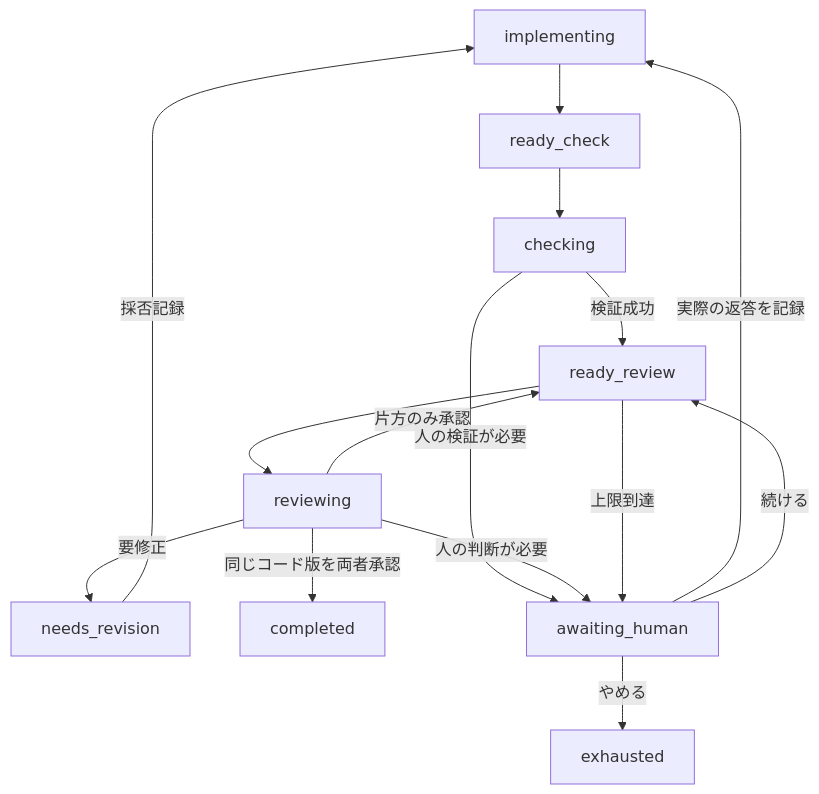
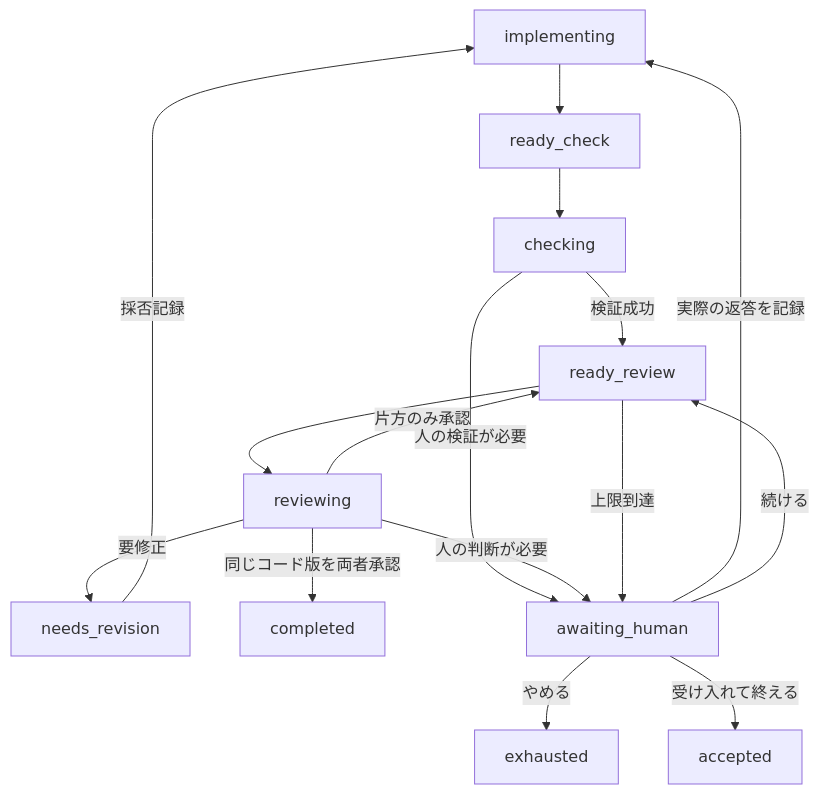
Before and after one commit to rysh25/devflow: the second of 2 diagrams in docs/architecture.md, drawn with Mermaid. The commit also changed other lines of this file and 40 other files, not shown here.

````diff
--- a/docs/architecture.md
+++ b/docs/architecture.md
@@ -79,17 +82,18 @@
 ```mermaid
 flowchart TD
     I[implementing] --> C[ready_check]
     C --> K[checking]
     K -->|検証成功| R[ready_review]
     R --> V[reviewing]
     V -->|要修正| N[needs_revision]
     N -->|採否記録| I
     V -->|片方のみ承認| R
     V -->|同じコード版を両者承認| D[completed]
     K -->|人の検証が必要| H[awaiting_human]
     V -->|人の判断が必要| H
     H -->|実際の返答を記録| I
     R -->|上限到達| H
     H -->|続ける| R
     H -->|やめる| E[exhausted]
+    H -->|受け入れて終える| A[accepted]
 ```
````
